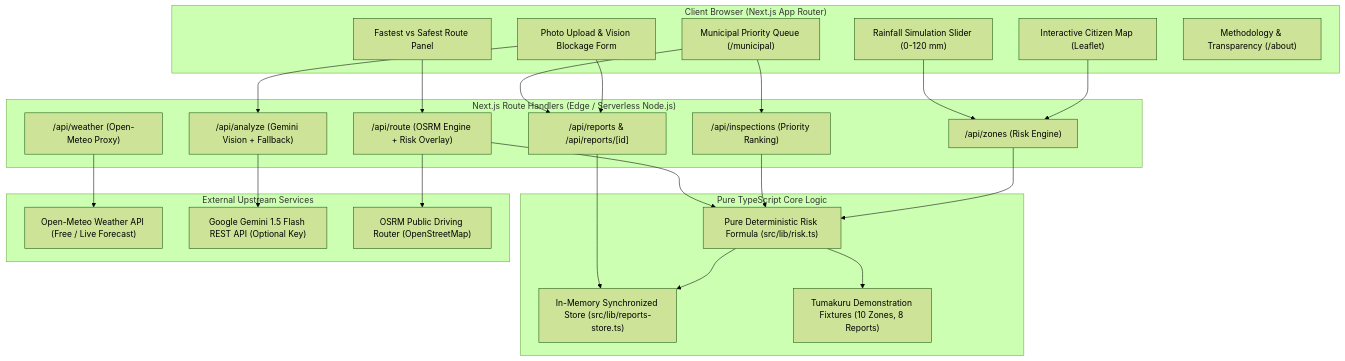
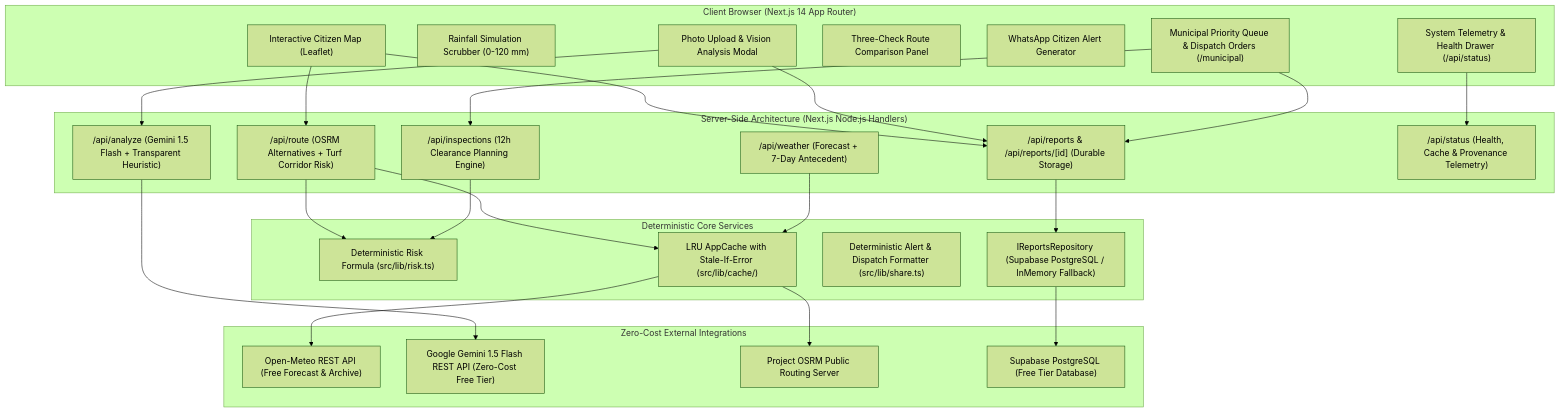
Before and after one commit to saugat2737/DrainGuard: the diagram in README.md, drawn with Mermaid (forest theme). The commit also changed other lines of this file and 27 other files, not shown here.

````diff
--- a/README.md
+++ b/README.md
@@ -44,52 +37,54 @@
 ```mermaid
 flowchart TD
-    subgraph Client ["Client Browser (Next.js App Router)"]
+    subgraph Client ["Client Browser (Next.js 14 App Router)"]
         UI_Citizen["Interactive Citizen Map (Leaflet)"]
-        UI_Slider["Rainfall Simulation Slider (0-120 mm)"]
-        UI_Report["Photo Upload & Vision Blockage Form"]
-        UI_Routing["Fastest vs Safest Route Panel"]
-        UI_Muni["Municipal Priority Queue (/municipal)"]
-        UI_About["Methodology & Transparency (/about)"]
+        UI_Slider["Rainfall Simulation Scrubber (0-120 mm)"]
+        UI_Report["Photo Upload & Vision Analysis Modal"]
+        UI_Routing["Three-Check Route Comparison Panel"]
+        UI_Share["WhatsApp Citizen Alert Generator"]
+        UI_Muni["Municipal Priority Queue & Dispatch Orders (/municipal)"]
+        UI_Status["System Telemetry & Health Drawer (/api/status)"]
     end
 
-    subgraph Server ["Next.js Route Handlers (Edge / Serverless Node.js)"]
-        API_Zones["/api/zones (Risk Engine)"]
-        API_Weather["/api/weather (Open-Meteo Proxy)"]
-        API_Analyze["/api/analyze (Gemini Vision + Fallback)"]
-        API_Reports["/api/reports & /api/reports/[id]"]
-        API_Inspections["/api/inspections (Priority Ranking)"]
-        API_Route["/api/route (OSRM Engine + Risk Overlay)"]
+    subgraph Server ["Server-Side Architecture (Next.js Node.js Handlers)"]
+        API_Route["/api/route (OSRM Alternatives + Turf Corridor Risk)"]
+        API_Weather["/api/weather (Forecast + 7-Day Antecedent)"]
+        API_Analyze["/api/analyze (Gemini 1.5 Flash + Transparent Heuristic)"]
+        API_Reports["/api/reports & /api/reports/[id] (Durable Storage)"]
+        API_Inspections["/api/inspections (12h Clearance Planning Engine)"]
+        API_Status["/api/status (Health, Cache & Provenance Telemetry)"]
     end
 
-    subgraph CoreEngine ["Pure TypeScript Core Logic"]
-        RiskEngine["Pure Deterministic Risk Formula (src/lib/risk.ts)"]
-        ReportStore["In-Memory Synchronized Store (src/lib/reports-store.ts)"]
-        SeedFixtures["Tumakuru Demonstration Fixtures (10 Zones, 8 Reports)"]
+    subgraph CoreEngine ["Deterministic Core Services"]
+        RiskEngine["Deterministic Risk Formula (src/lib/risk.ts)"]
+        CacheLayer["LRU AppCache with Stale-If-Error (src/lib/cache/)"]
+        ShareGen["Deterministic Alert & Dispatch Formatter (src/lib/share.ts)"]
+        Repo["IReportsRepository (Supabase PostgreSQL / InMemory Fallback)"]
     end
 
-    subgraph External ["External Upstream Services"]
-        OpenMeteo["Open-Meteo Weather API (Free / Live Forecast)"]
-        GeminiVision["Google Gemini 1.5 Flash REST API (Optional Key)"]
-        OSRM["OSRM Public Driving Router (OpenStreetMap)"]
+    subgraph External ["Zero-Cost External Integrations"]
+        OpenMeteo["Open-Meteo REST API (Free Forecast & Archive)"]
+        GeminiVision["Google Gemini 1.5 Flash REST API (Zero-Cost Free Tier)"]
+        OSRM["Project OSRM Public Routing Server"]
+        SupabaseDB["Supabase PostgreSQL (Free Tier Database)"]
     end
 
-    UI_Citizen --> API_Zones
-    UI_Slider --> API_Zones
+    UI_Citizen --> API_Route
+    UI_Citizen --> API_Reports
     UI_Report --> API_Analyze
     UI_Report --> API_Reports
-    UI_Routing --> API_Route
     UI_Muni --> API_Inspections
     UI_Muni --> API_Reports
+    UI_Status --> API_Status
 
-    API_Weather --> OpenMeteo
+    API_Route --> CacheLayer
+    API_Weather --> CacheLayer
+    CacheLayer --> OSRM
+    CacheLayer --> OpenMeteo
     API_Analyze --> GeminiVision
-    API_Route --> OSRM
 
-    API_Zones --> RiskEngine
+    API_Route --> RiskEngine
     API_Inspections --> RiskEngine
-    API_Route --> RiskEngine
-
-    RiskEngine --> SeedFixtures
-    RiskEngine --> ReportStore
-    API_Reports --> ReportStore
+    API_Reports --> Repo
+    Repo --> SupabaseDB
 ```
````
